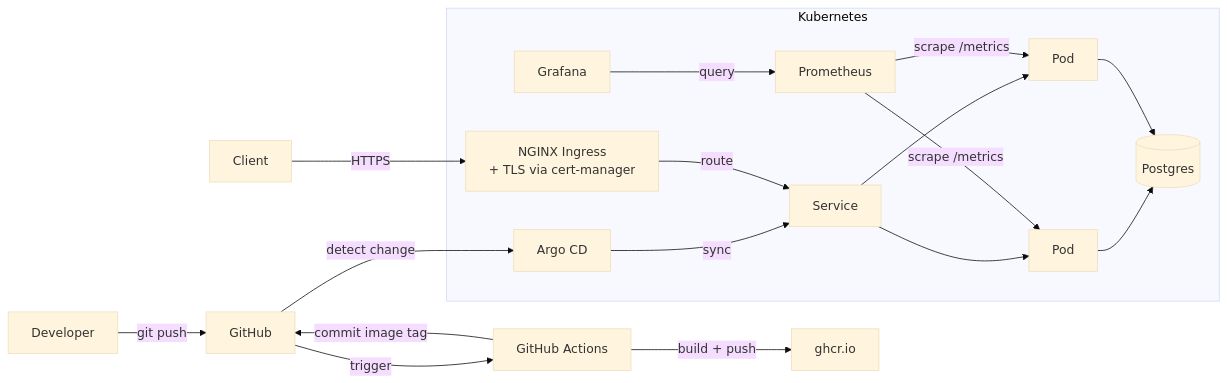
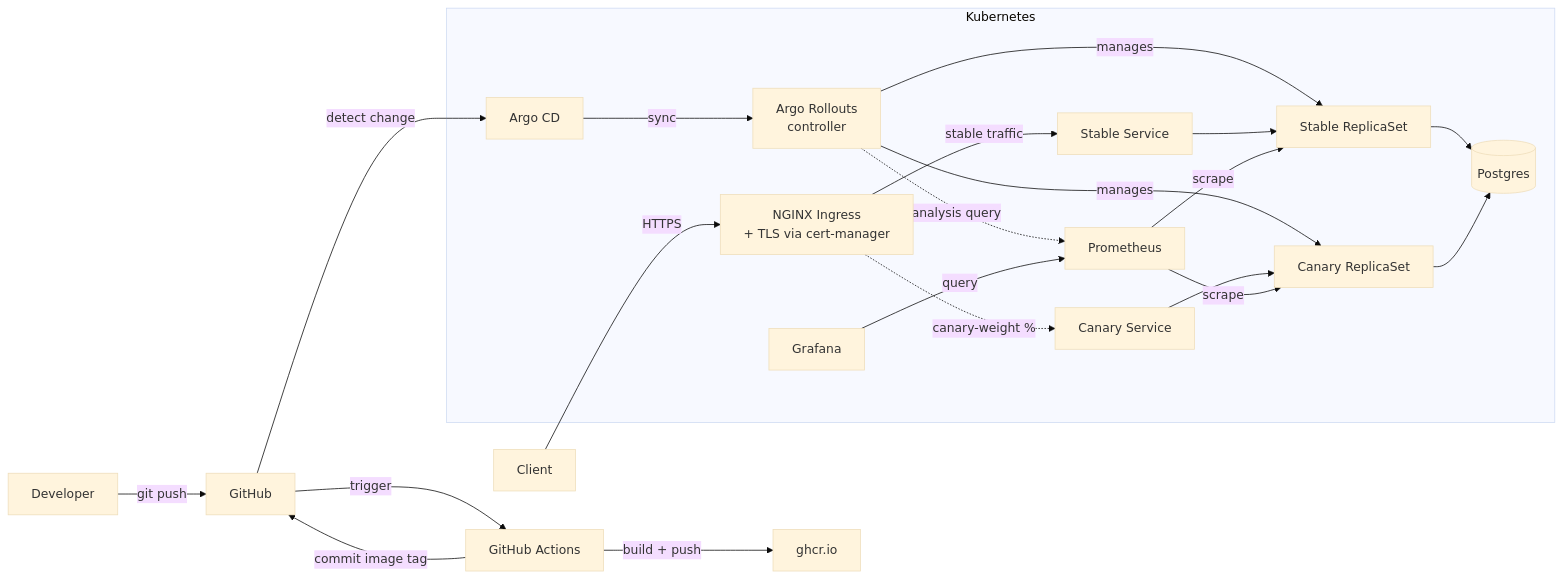
Before and after one commit to esuen/launchpad: the first of 3 diagrams in README.md, drawn with Mermaid (base theme). The commit also changed other lines of this file, not shown here.

Commit message:
Update README for Phase 4: progressive delivery section with NGINX/analysis details

````diff
--- a/README.md
+++ b/README.md
@@ -17,22 +81,26 @@
 ```mermaid
 graph LR
     Dev[Developer] -->|git push| GH[GitHub]
     GH -->|trigger| CI[GitHub Actions]
     CI -->|build + push| GHCR[ghcr.io]
     CI -->|commit image tag| GH
     GH -->|detect change| ArgoCD[Argo CD]
 
     Client[Client] -->|HTTPS| Ingress[NGINX Ingress<br/>+ TLS via cert-manager]
 
     subgraph Kubernetes
-        ArgoCD -->|sync| Svc[Service]
-        Ingress -->|route| Svc
-        Svc --> PodA[Pod]
-        Svc --> PodB[Pod]
-        PodA --> PG[(Postgres)]
-        PodB --> PG
-        Prometheus -->|scrape /metrics| PodA
-        Prometheus -->|scrape /metrics| PodB
-        Grafana -->|query| Prometheus
+        ArgoCD -->|sync| Rollout[Argo Rollouts<br/>controller]
+        Rollout -->|manages| StableRS[Stable ReplicaSet]
+        Rollout -->|manages| CanaryRS[Canary ReplicaSet]
+        Ingress -->|stable traffic| StableSvc[Stable Service]
+        Ingress -.->|canary-weight %| CanarySvc[Canary Service]
+        StableSvc --> StableRS
+        CanarySvc --> CanaryRS
+        StableRS --> PG[(Postgres)]
+        CanaryRS --> PG
+        Rollout -.->|analysis query| Prom[Prometheus]
+        Prom -->|scrape| StableRS
+        Prom -->|scrape| CanaryRS
+        Grafana -->|query| Prom
     end
 ```
````
